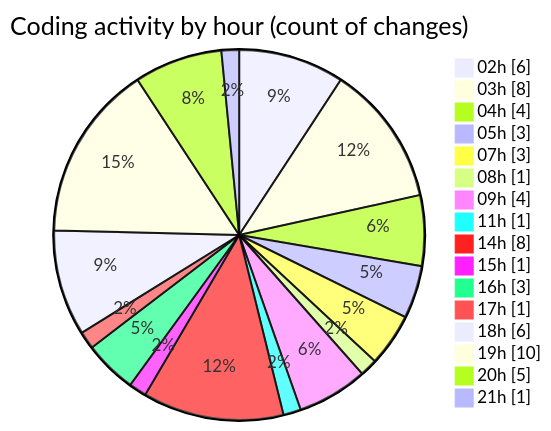
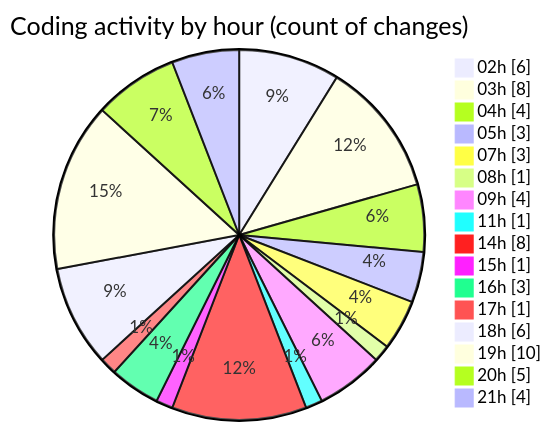
One commit to FelipKnott/code-tracking changed the second of 2 diagrams in 2025-07-03/cursor/README.md. Above: the diagram before and after it, drawn with Mermaid. The commit also changed other lines of this file and 1 other file, not shown here.

````diff
--- a/2025-07-03/cursor/README.md
+++ b/2025-07-03/cursor/README.md
@@ -47,20 +47,20 @@
 ```mermaid
 pie showData
 title Coding activity by hour (count of changes)
 "02h" : 6
 "03h" : 8
 "04h" : 4
 "05h" : 3
 "07h" : 3
 "08h" : 1
 "09h" : 4
 "11h" : 1
 "14h" : 8
 "15h" : 1
 "16h" : 3
 "17h" : 1
 "18h" : 6
 "19h" : 10
 "20h" : 5
-"21h" : 1
+"21h" : 4
 ```
````
